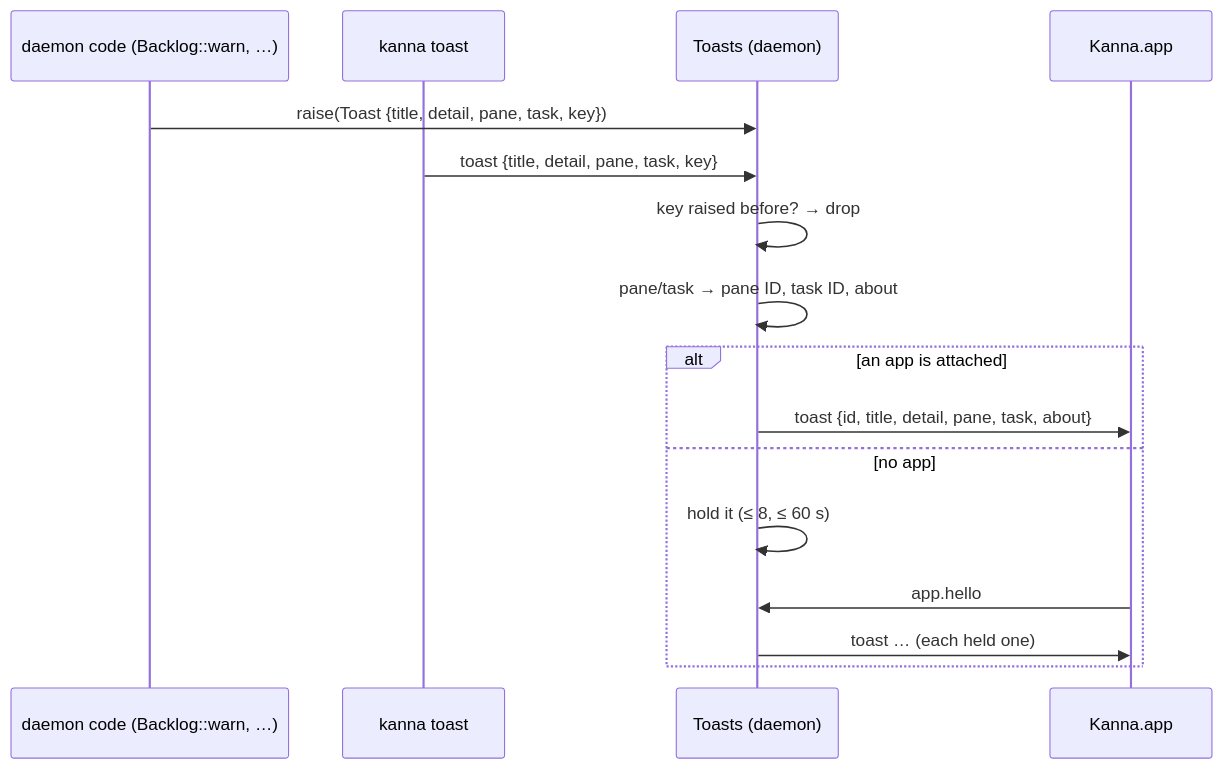
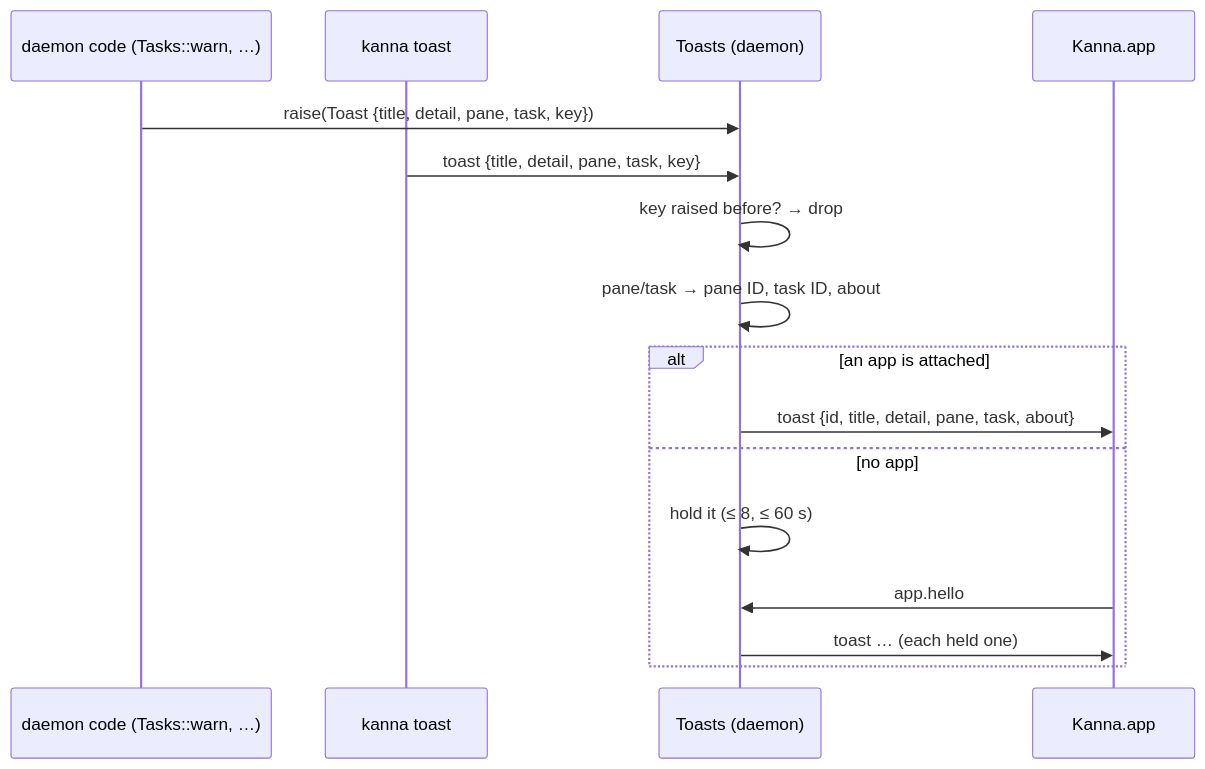
Before and after one commit to tampopogk/kanna: the diagram in docs/specs/toasts.md, drawn with Mermaid. The commit also changed other lines of this file and 28 other files, not shown here.

````diff
--- a/docs/specs/toasts.md
+++ b/docs/specs/toasts.md
@@ -34,18 +34,18 @@
 ```mermaid
 sequenceDiagram
-    participant W as daemon code (Backlog::warn, …)
+    participant W as daemon code (Tasks::warn, …)
     participant C as kanna toast
     participant T as Toasts (daemon)
     participant A as Kanna.app
     W->>T: raise(Toast {title, detail, pane, task, key})
     C->>T: toast {title, detail, pane, task, key}
     T->>T: key raised before? → drop
     T->>T: pane/task → pane ID, task ID, about
     alt an app is attached
         T->>A: toast {id, title, detail, pane, task, about}
     else no app
         T->>T: hold it (≤ 8, ≤ 60 s)
         A->>T: app.hello
         T->>A: toast … (each held one)
     end
 ```
````
